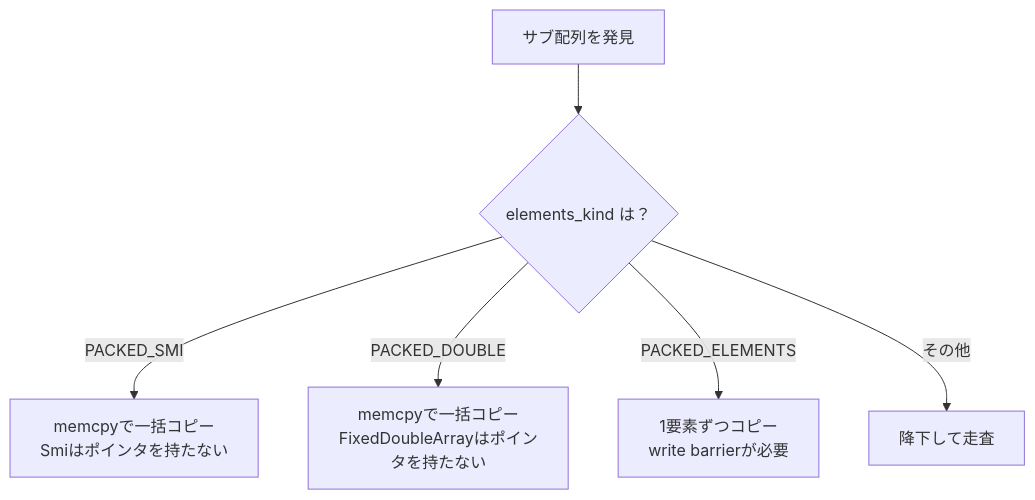
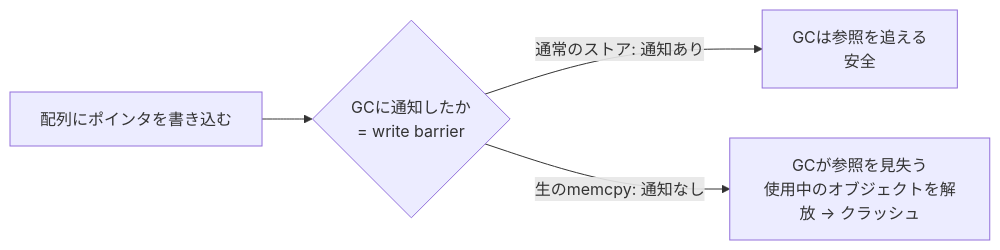
The third of 7 diagrams in articles/e12fbacc8e761c.md (riya-amemiya/amemiya_riya_zenn_data), drawn with Mermaid before and after one commit. The commit also changed other lines of this file, not shown here.

First line of the commit message:
Rework Array.flat bulk-copy article for readability (figures, tables, deeper PACKED_ELEMENTS) (#180)

````diff
--- a/articles/e12fbacc8e761c.md
+++ b/articles/e12fbacc8e761c.md
@@ -291,8 +200,6 @@
 ```mermaid
-flowchart TD
-    A["サブ配列を発見"] --> B{"elements_kind は？"}
-    B -- "PACKED_SMI" --> C["memcpyで一括コピー<br>Smiはポインタを持たない"]
-    B -- "PACKED_DOUBLE" --> D["memcpyで一括コピー<br>FixedDoubleArrayはポインタを持たない"]
-    B -- "PACKED_ELEMENTS" --> E["1要素ずつコピー<br>write barrierが必要"]
-    B -- "その他" --> F["降下して走査"]
+flowchart LR
+    A["配列にポインタを書き込む"] --> B{"GCに通知したか<br>= write barrier"}
+    B -->|通常のストア: 通知あり| C["GCは参照を追える<br>安全"]
+    B -->|生のmemcpy: 通知なし| D["GCが参照を見失う<br>使用中のオブジェクトを解放 → クラッシュ"]
 ```
````
